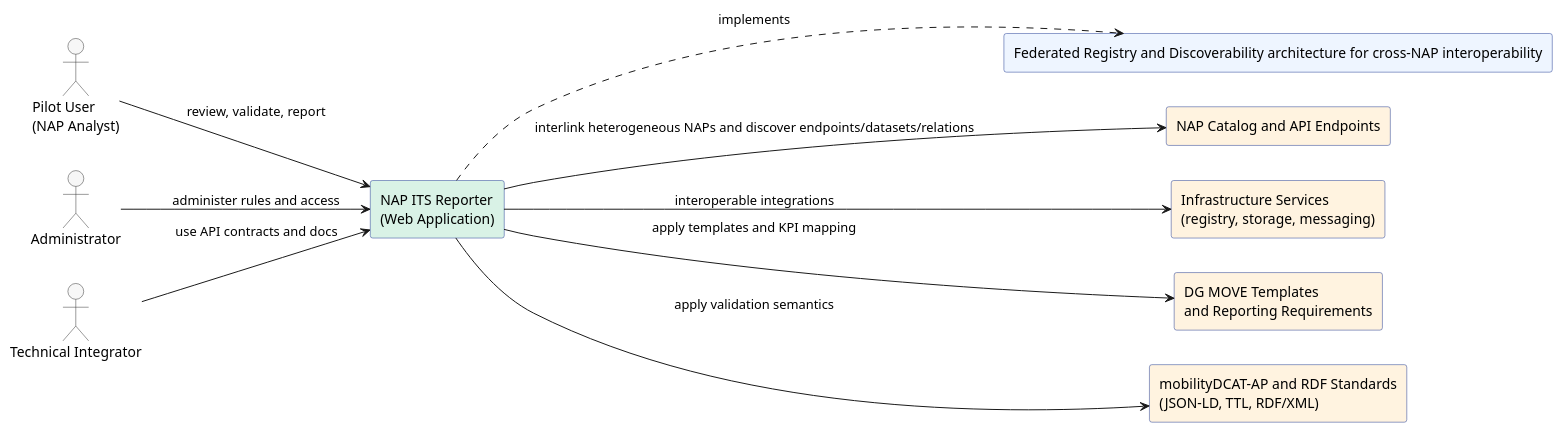
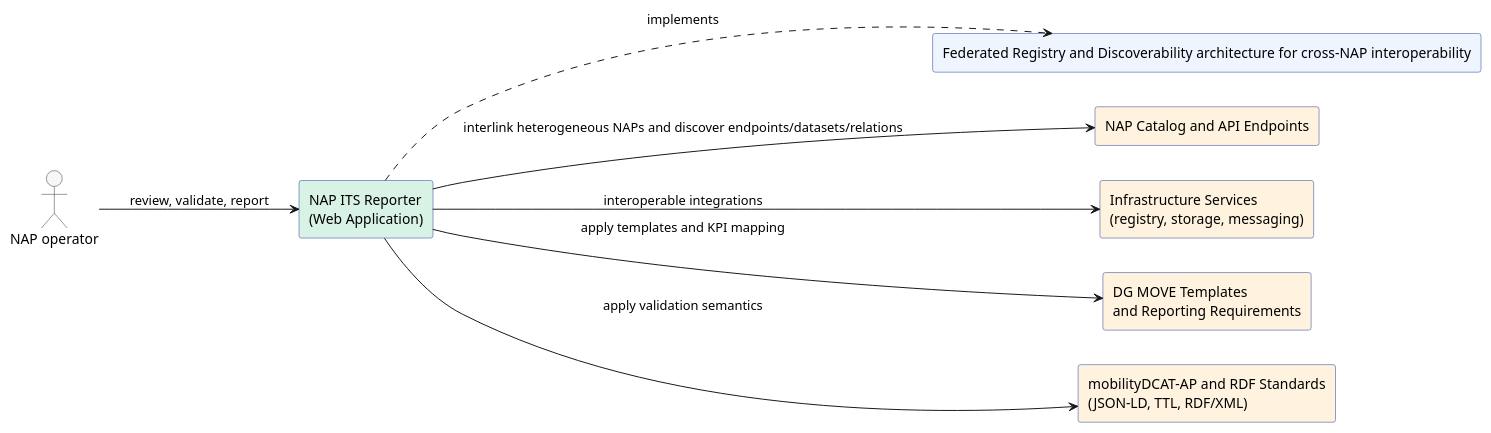
The diagram in Napcore-ITS-Reporting/docs/architecture/puml/system-context.puml (UM-KGPI/Napcore-ITS-Reporting), drawn with PlantUML before and after one commit. The commit also changed 7 other files, not shown here.

Commit message:
Use NAP operator stakeholder and add Mermaid SVG export

```diff
--- a/Napcore-ITS-Reporting/docs/architecture/puml/system-context.puml
+++ b/Napcore-ITS-Reporting/docs/architecture/puml/system-context.puml
@@ -1,38 +1,34 @@
 @startuml
 ' System Context (Level 1)
 skinparam shadowing false
 skinparam componentStyle rectangle
 skinparam packageStyle rectangle
 left to right direction
 
 skinparam rectangle {
   BackgroundColor #eef5ff
   BorderColor #1f3a93
 }
 skinparam actor {
   BackgroundColor #f7f7f7
   BorderColor #333333
 }
 
-actor "Pilot User\n(NAP Analyst)" as U1
-actor "Administrator" as U2
-actor "Technical Integrator" as U3
+actor "NAP operator" as U
 
 rectangle "NAP ITS Reporter\n(Web Application)" as APP #d9f2e6
 rectangle "Federated Registry and Discoverability architecture for cross-NAP interoperability" as PATTERN #eef5ff
 
 rectangle "NAP Catalog and API Endpoints" as NAP #fff3e0
 rectangle "Infrastructure Services\n(registry, storage, messaging)" as INFRA #fff3e0
 rectangle "DG MOVE Templates\nand Reporting Requirements" as DGMOVE #fff3e0
 rectangle "mobilityDCAT-AP and RDF Standards\n(JSON-LD, TTL, RDF/XML)" as STD #fff3e0
 
-U1 --> APP : review, validate, report
-U2 --> APP : administer rules and access
-U3 --> APP : use API contracts and docs
+U --> APP : review, validate, report
 APP ..> PATTERN : implements
 
 APP --> NAP : interlink heterogeneous NAPs and discover endpoints/datasets/relations
 APP --> INFRA : interoperable integrations
 APP --> DGMOVE : apply templates and KPI mapping
 APP --> STD : apply validation semantics
 @enduml
```
